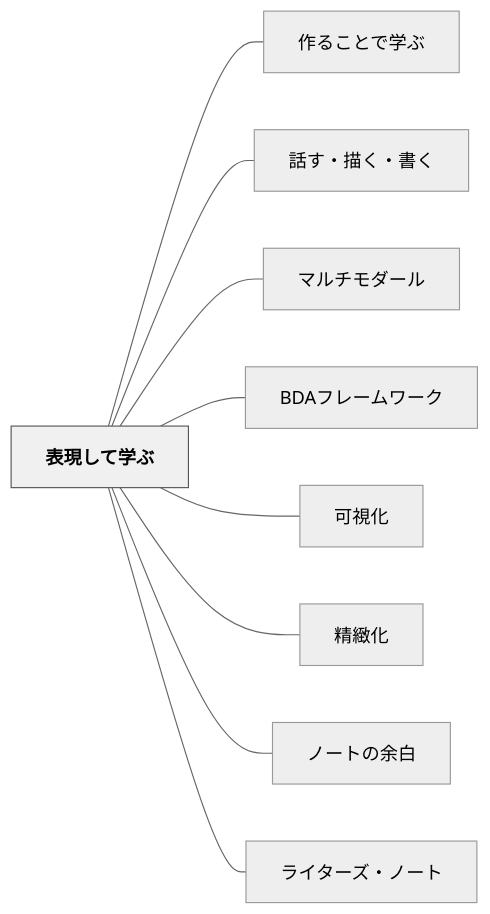
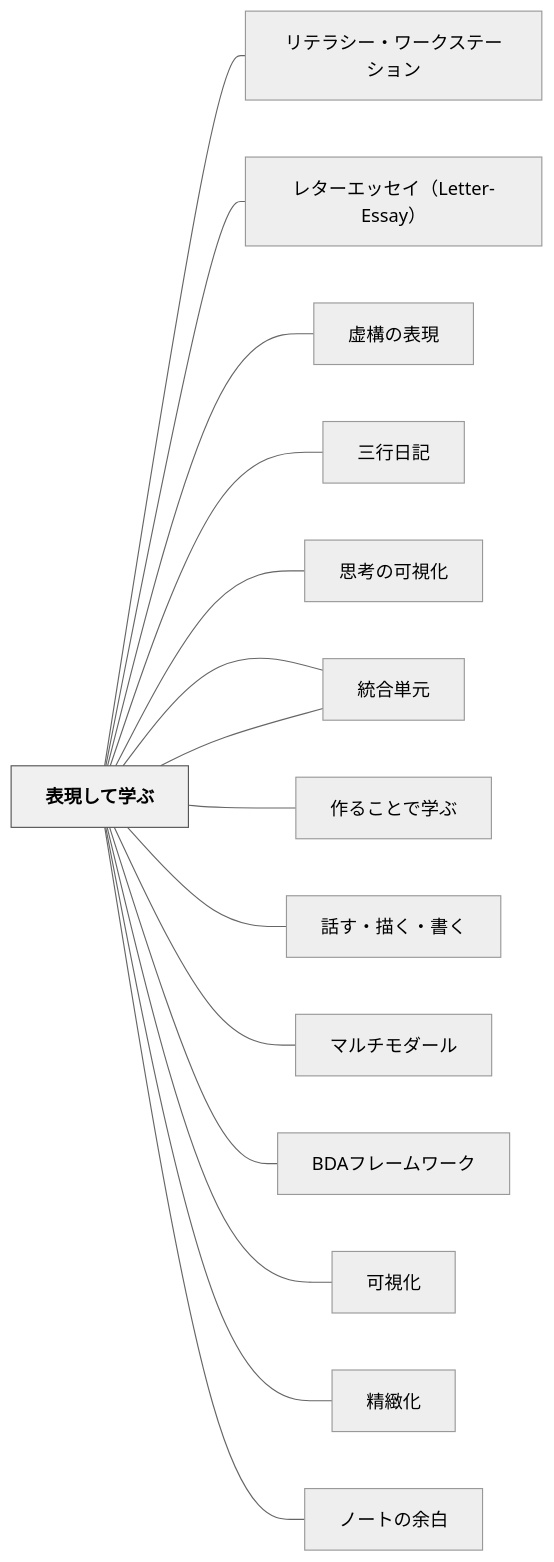
One commit to unknownthings-ed-patterns/unknownthings-ed-patterns changed the diagram in content/パタン/表現して学ぶ.md. Above: the diagram before and after it, drawn with Mermaid (neutral theme). The commit also changed other lines of this file and 473 other files, not shown here.

````diff
--- a/content/パタン/表現して学ぶ.md
+++ b/content/パタン/表現して学ぶ.md
@@ -162,24 +169,36 @@
 ```mermaid
 flowchart LR
     ne8a1a8e78fbe["表現して学ぶ"]
+    ne383aae38386["リテラシー・ワークステーション"]
+    ne383ace382bf["レターエッセイ（Letter-Essay）"]
+    ne8999ae6a78b["虚構の表現"]
+    ne4b889e8a18c["三行日記"]
+    ne6809de88083["思考の可視化"]
+    ne7b5b1e59088["統合する（シンセサイジング）"]
+    ne7b5b1e59088["統合単元"]
     ne4bd9ce3828b["作ることで学ぶ"]
     ne8a9b1e38199["話す・描く・書く"]
     ne3839ee383ab["マルチモダール"]
     n424441e38395["BDAフレームワーク"]
     ne58fafe8a696["可視化"]
     ne7b2bee7b7bb["精緻化"]
     ne3838ee383bc["ノートの余白"]
-    ne383a9e382a4["ライターズ・ノート"]
 
+    ne8a1a8e78fbe --- ne383aae38386
+    ne8a1a8e78fbe --- ne383ace382bf
+    ne8a1a8e78fbe --- ne8999ae6a78b
+    ne8a1a8e78fbe --- ne4b889e8a18c
+    ne8a1a8e78fbe --- ne6809de88083
+    ne8a1a8e78fbe --- ne7b5b1e59088
+    ne8a1a8e78fbe --- ne7b5b1e59088
     ne8a1a8e78fbe --- ne4bd9ce3828b
     ne8a1a8e78fbe --- ne8a9b1e38199
     ne8a1a8e78fbe --- ne3839ee383ab
     ne8a1a8e78fbe --- n424441e38395
     ne8a1a8e78fbe --- ne58fafe8a696
     ne8a1a8e78fbe --- ne7b2bee7b7bb
     ne8a1a8e78fbe --- ne3838ee383bc
-    ne8a1a8e78fbe --- ne383a9e382a4
 
     classDef hub fill:#f0f0f0,stroke:#555,color:#000,font-weight:bold
     class ne8a1a8e78fbe hub
 ```
````
